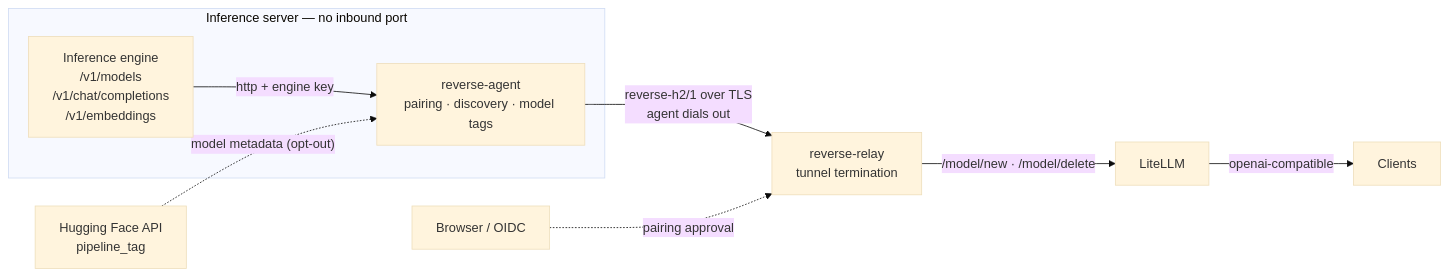
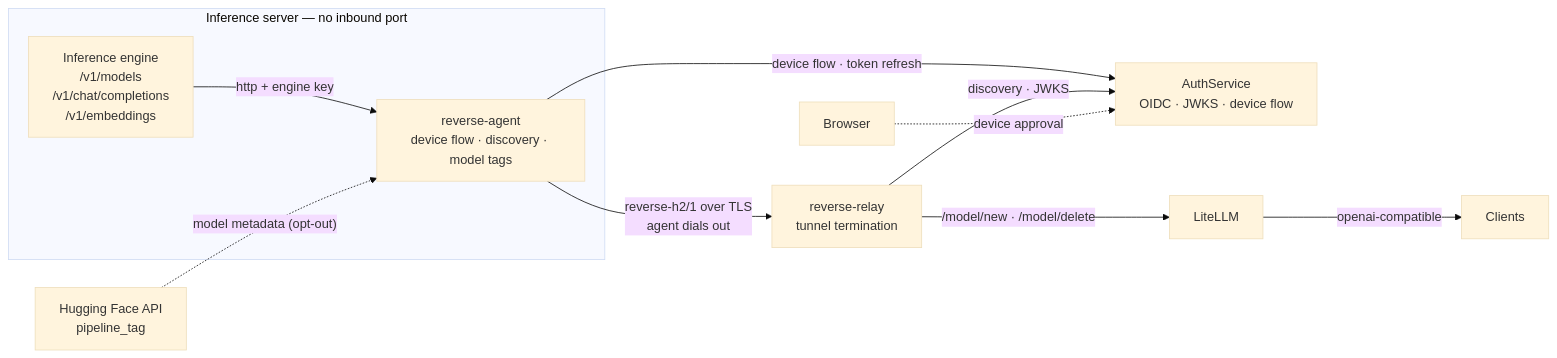
The diagram in README.md (circle-rd/ai-reverse), drawn with Mermaid (base theme) before and after one commit. The commit also changed other lines of this file and 37 other files, not shown here.

First line of the commit message:
feat(agent): transition from pairing to OAuth2 device flow

````diff
--- a/README.md
+++ b/README.md
@@ -20,17 +20,20 @@
 ```mermaid
 flowchart LR
   subgraph box["Inference server — no inbound port"]
     engine["Inference engine<br/>/v1/models<br/>/v1/chat/completions<br/>/v1/embeddings"]
-    agent["reverse-agent<br/>pairing · discovery · model tags"]
+    agent["reverse-agent<br/>device flow · discovery · model tags"]
     engine -->|"http + engine key"| agent
   end
 
   hub["Hugging Face API<br/>pipeline_tag"]
-  browser["Browser / OIDC"]
+  auth["AuthService<br/>OIDC · JWKS · device flow"]
+  browser["Browser"]
 
   agent -->|"reverse-h2/1 over TLS<br/>agent dials out"| relay["reverse-relay<br/>tunnel termination"]
   hub -.->|"model metadata (opt-out)"| agent
-  browser -.->|"pairing approval"| relay
+  agent -->|"device flow · token refresh"| auth
+  relay -->|"discovery · JWKS"| auth
+  browser -.->|"device approval"| auth
   relay -->|"/model/new · /model/delete"| litellm["LiteLLM"]
   litellm -->|"openai-compatible"| clients["Clients"]
 ```
````
